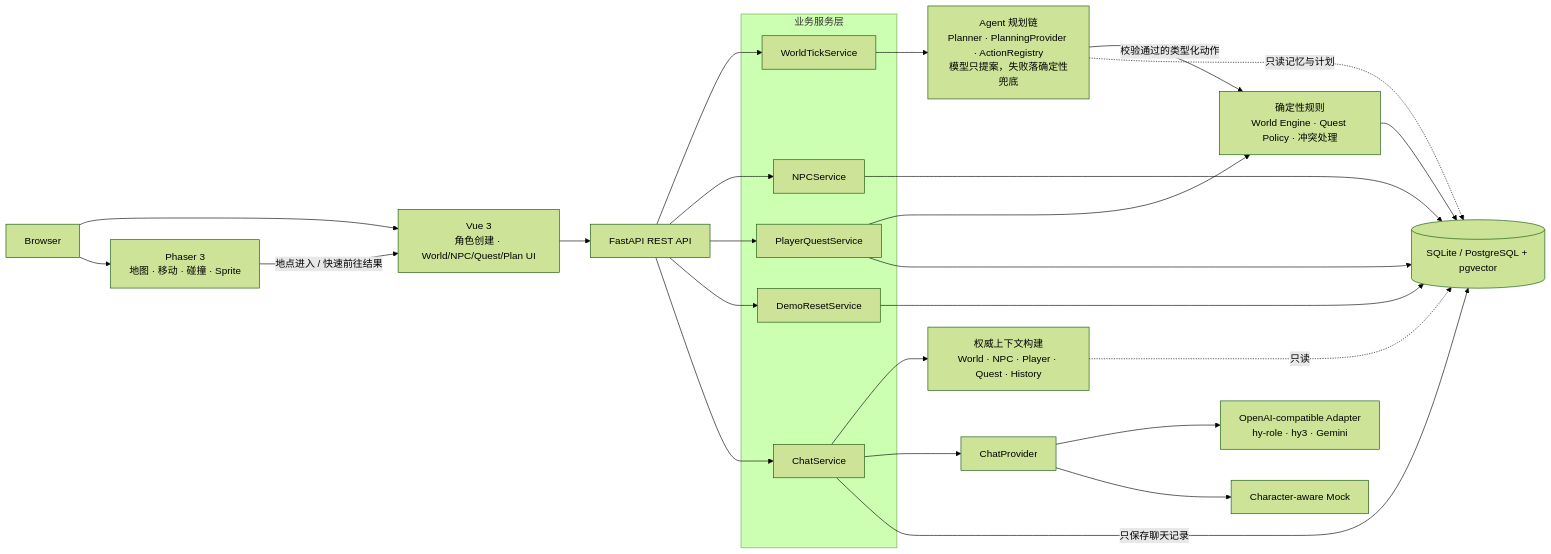
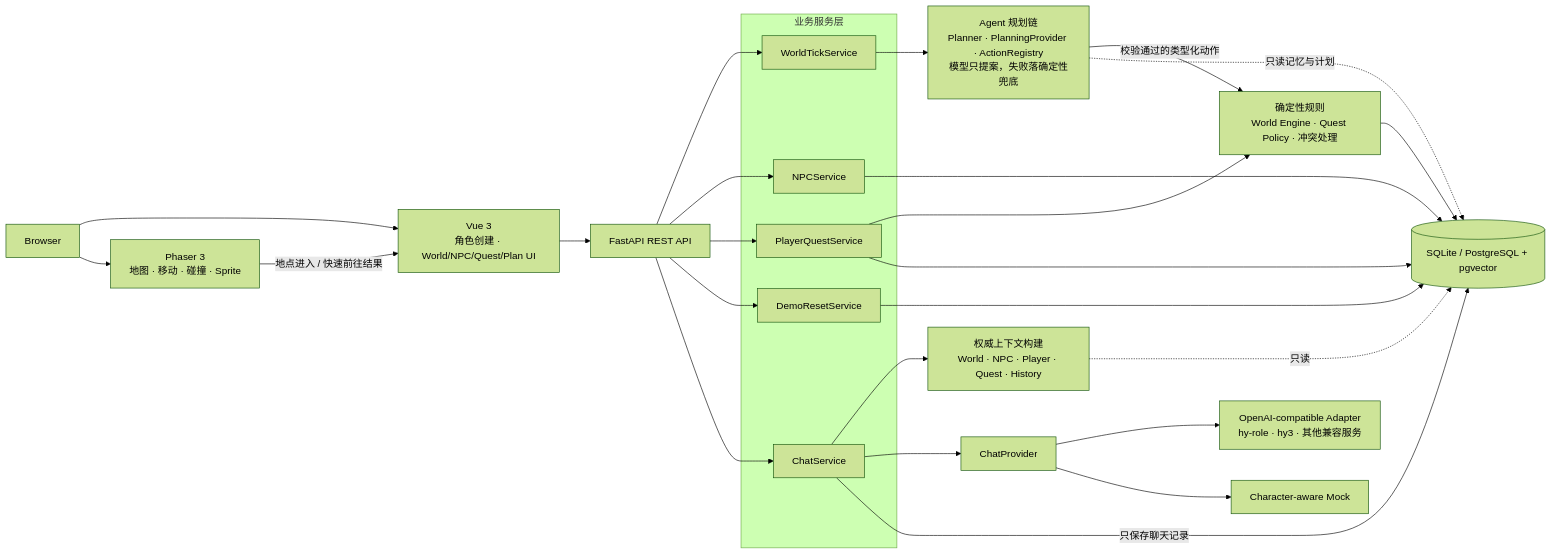
The second of 2 diagrams in README.md (DavidYz1/Aleria_AI_Town), drawn with Mermaid (forest theme) before and after one commit. The commit also changed other lines of this file and 3 other files, not shown here.

````diff
--- a/README.md
+++ b/README.md
@@ -369,42 +370,42 @@
 ```mermaid
 flowchart LR
     Browser["Browser"]
     Vue["Vue 3<br/>角色创建 · World/NPC/Quest/Plan UI"]
     Phaser["Phaser 3<br/>地图 · 移动 · 碰撞 · Sprite"]
     API["FastAPI REST API"]
 
     subgraph Services["业务服务层"]
         WorldService["WorldTickService"]
         NPCService["NPCService"]
         QuestService["PlayerQuestService"]
         ChatService["ChatService"]
         ResetService["DemoResetService"]
     end
 
     AgentLoop["Agent 规划链<br/>Planner · PlanningProvider · ActionRegistry<br/>模型只提案，失败落确定性兜底"]
     Rules["确定性规则<br/>World Engine · Quest Policy · 冲突处理"]
     Context["权威上下文构建<br/>World · NPC · Player · Quest · History"]
     Provider["ChatProvider"]
-    Compatible["OpenAI-compatible Adapter<br/>hy-role · hy3 · Gemini"]
+    Compatible["OpenAI-compatible Adapter<br/>hy-role · hy3 · 其他兼容服务"]
     Mock["Character-aware Mock"]
     SQLite[("SQLite / PostgreSQL + pgvector")]
 
     Browser --> Vue
     Browser --> Phaser
     Phaser -->|地点进入 / 快速前往结果| Vue
     Vue --> API
     API --> WorldService --> AgentLoop
     AgentLoop -->|校验通过的类型化动作| Rules
     Rules --> SQLite
     AgentLoop -.只读记忆与计划.-> SQLite
     API --> NPCService --> SQLite
     API --> QuestService --> Rules
     QuestService --> SQLite
     API --> ResetService --> SQLite
     API --> ChatService --> Context
     Context -.只读.-> SQLite
     ChatService --> Provider
     Provider --> Compatible
     Provider --> Mock
     ChatService -->|只保存聊天记录| SQLite
 ```
````
